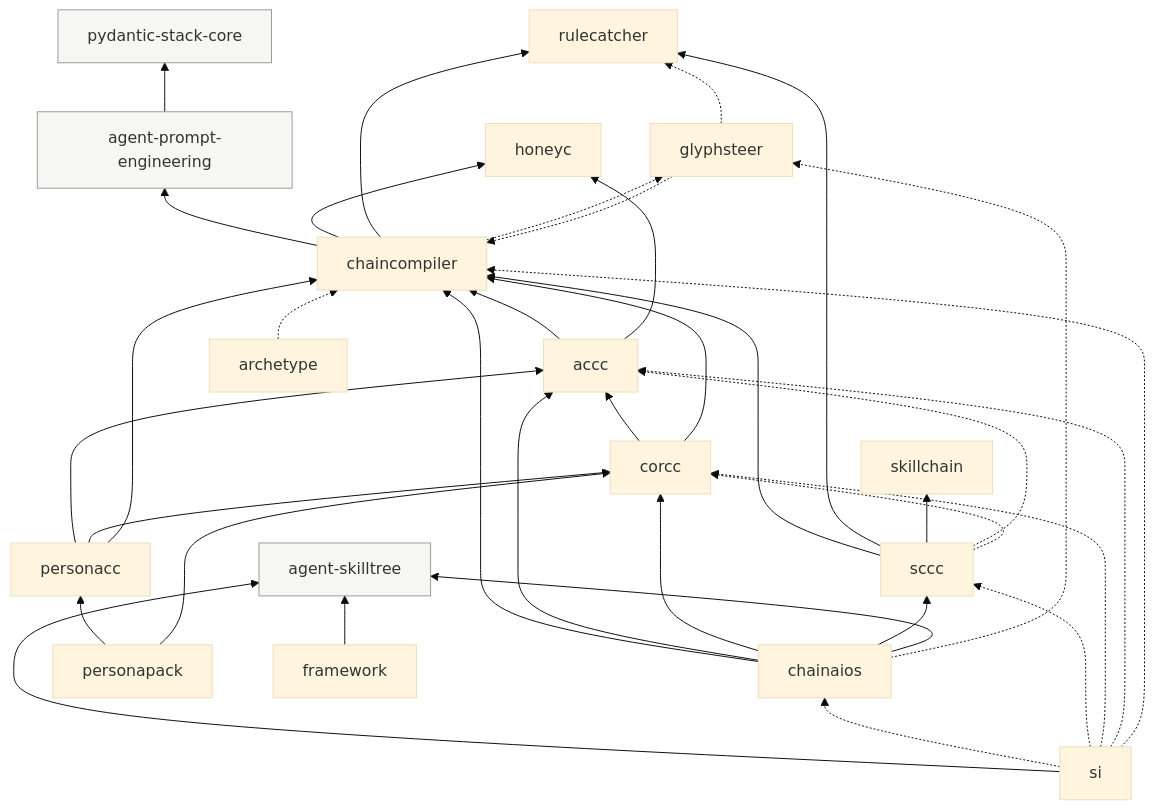
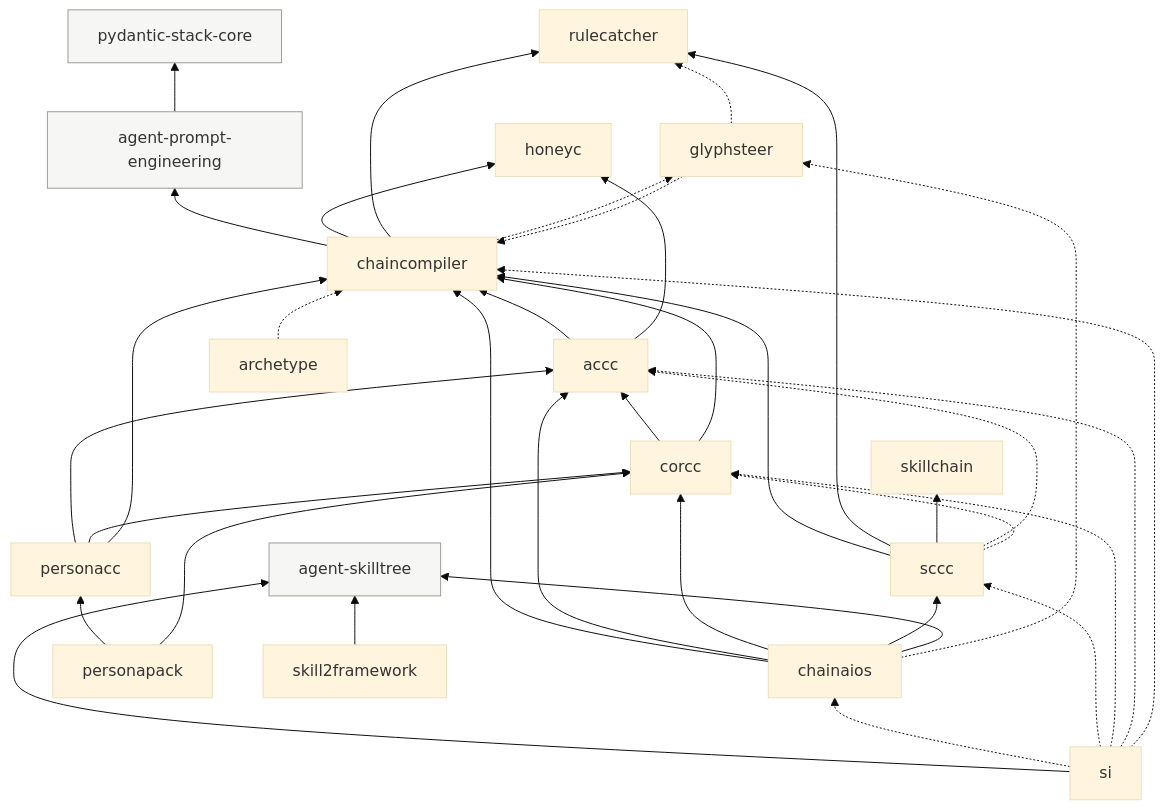
Before and after one commit to sancovp/chaincompiler: the fourth of 10 diagrams in .claude/rules/21-architecture-diagrams.md, drawn with Mermaid (base theme). The commit also changed other lines of this file and 119 other files, not shown here.

````diff
--- a/.claude/rules/21-architecture-diagrams.md
+++ b/.claude/rules/21-architecture-diagrams.md
@@ -156,43 +159,43 @@
 ```mermaid
 flowchart BT
     APE["agent-prompt-engineering"]
     PSC["pydantic-stack-core"]
     ST["agent-skilltree"]
     APE --> PSC
     chaincompiler --> APE
     chaincompiler --> honeyc
     chaincompiler --> rulecatcher
     accc --> chaincompiler
     accc --> honeyc
     corcc --> accc
     corcc --> chaincompiler
     sccc --> chaincompiler
     sccc --> rulecatcher
     sccc --> skillchain
     sccc -.-> accc
     sccc -.-> corcc
     chainaios --> chaincompiler
     chainaios --> accc
     chainaios --> corcc
     chainaios --> sccc
     chainaios --> ST
     chainaios -.-> glyphsteer
     personacc --> accc
     personacc --> corcc
     personacc --> chaincompiler
     personapack --> personacc
     personapack --> corcc
     si --> ST
     si -.-> chainaios
     si -.-> sccc
     si -.-> corcc
     si -.-> accc
     si -.-> chaincompiler
     archetype -.-> chaincompiler
-    framework --> ST
+    skill2framework --> ST
     glyphsteer -.-> chaincompiler
     glyphsteer -.-> rulecatcher
     chaincompiler -.-> glyphsteer
     classDef ext fill:#f6f6f5,stroke:#9a9a96;
     class APE,PSC,ST ext;
 ```
````
